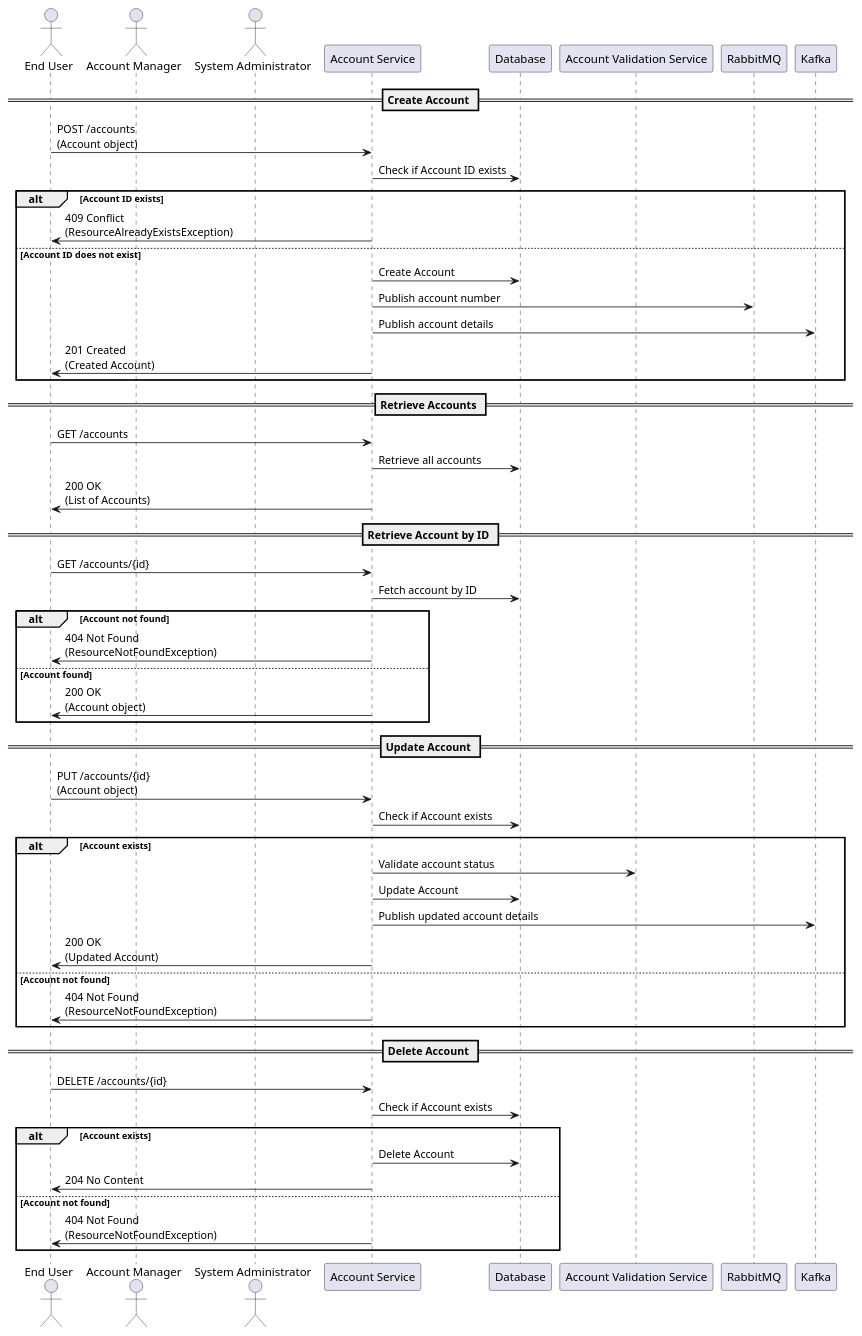
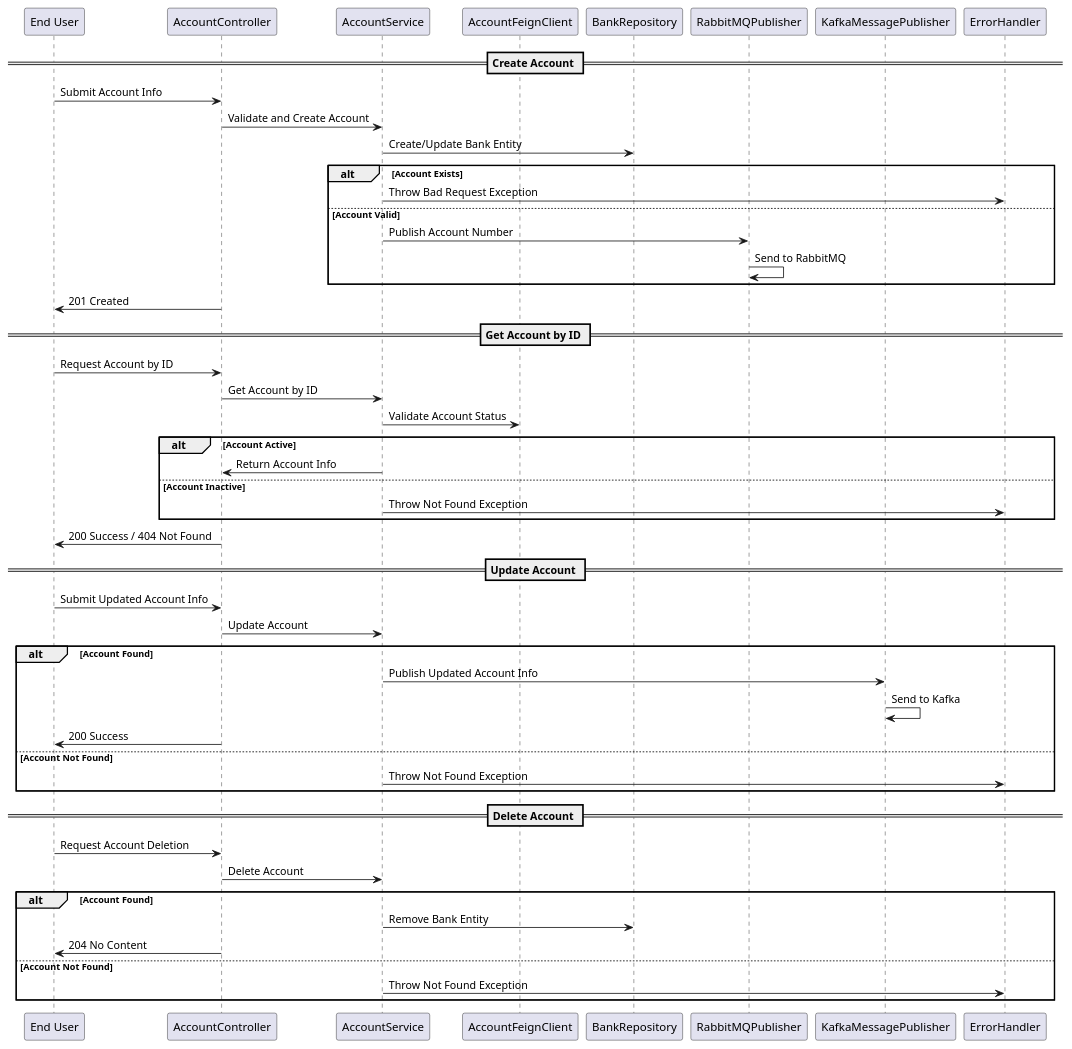
Before and after one commit to Bhaskar-Pavan/AccountService: the diagram in design_document/AccountService.md, drawn with PlantUML. The commit also changed other lines of this file, not shown here.

````diff
--- a/design_document/AccountService.md
+++ b/design_document/AccountService.md
@@ -37,61 +37,57 @@
 ```plantuml
 @startuml
-actor "End User" as User
-actor "Account Manager" as Manager
-actor "System Administrator" as Admin
-participant "Account Service" as Service
-participant "Database" as DB
-participant "Account Validation Service" as ValidationService
-participant "RabbitMQ" as RabbitMQ
-participant "Kafka" as Kafka
+participant "End User" as User
+participant "AccountController" as Controller
+participant "AccountService" as Service
+participant "AccountFeignClient" as FeignClient
+participant "BankRepository" as BankRepo
+participant "RabbitMQPublisher" as RabbitMQ
+participant "KafkaMessagePublisher" as Kafka
+participant "ErrorHandler" as ErrorHandler
 
 == Create Account ==
-User -> Service : POST /accounts\n(Account object)
-Service -> DB : Check if Account ID exists
-alt Account ID exists
-    Service -> User : 409 Conflict\n(ResourceAlreadyExistsException)
-else Account ID does not exist
-    Service -> DB : Create Account
-    Service -> RabbitMQ : Publish account number
-    Service -> Kafka : Publish account details
-    Service -> User : 201 Created\n(Created Account)
+User -> Controller : Submit Account Info
+Controller -> Service : Validate and Create Account
+Service -> BankRepo : Create/Update Bank Entity
+alt Account Exists
+    Service -> ErrorHandler : Throw Bad Request Exception
+else Account Valid
+    Service -> RabbitMQ : Publish Account Number
+    RabbitMQ -> RabbitMQ : Send to RabbitMQ
 end
+Controller -> User : 201 Created
 
-== Retrieve Accounts ==
-User -> Service : GET /accounts
-Service -> DB : Retrieve all accounts
-Service -> User : 200 OK\n(List of Accounts)
-
-== Retrieve Account by ID ==
-User -> Service : GET /accounts/{id}
-Service -> DB : Fetch account by ID
-alt Account not found
-    Service -> User : 404 Not Found\n(ResourceNotFoundException)
-else Account found
-    Service -> User : 200 OK\n(Account object)
+== Get Account by ID ==
+User -> Controller : Request Account by ID
+Controller -> Service : Get Account by ID
+Service -> FeignClient : Validate Account Status
+alt Account Active
+    Service -> Controller : Return Account Info
+else Account Inactive
+    Service -> ErrorHandler : Throw Not Found Exception
 end
+Controller -> User : 200 Success / 404 Not Found
 
 == Update Account ==
-User -> Service : PUT /accounts/{id}\n(Account object)
-Service -> DB : Check if Account exists
-alt Account exists
-    Service -> ValidationService : Validate account status
-    Service -> DB : Update Account
-    Service -> Kafka : Publish updated account details
-    Service -> User : 200 OK\n(Updated Account)
-else Account not found
-    Service -> User : 404 Not Found\n(ResourceNotFoundException)
+User -> Controller : Submit Updated Account Info
+Controller -> Service : Update Account
+alt Account Found
+    Service -> Kafka : Publish Updated Account Info
+    Kafka -> Kafka : Send to Kafka
+    Controller -> User : 200 Success
+else Account Not Found
+    Service -> ErrorHandler : Throw Not Found Exception
 end
 
 == Delete Account ==
-User -> Service : DELETE /accounts/{id}
-Service -> DB : Check if Account exists
-alt Account exists
-    Service -> DB : Delete Account
-    Service -> User : 204 No Content
-else Account not found
-    Service -> User : 404 Not Found\n(ResourceNotFoundException)
+User -> Controller : Request Account Deletion
+Controller -> Service : Delete Account
+alt Account Found
+    Service -> BankRepo : Remove Bank Entity
+    Controller -> User : 204 No Content
+else Account Not Found
+    Service -> ErrorHandler : Throw Not Found Exception
 end
 
 @enduml
 ```
````
